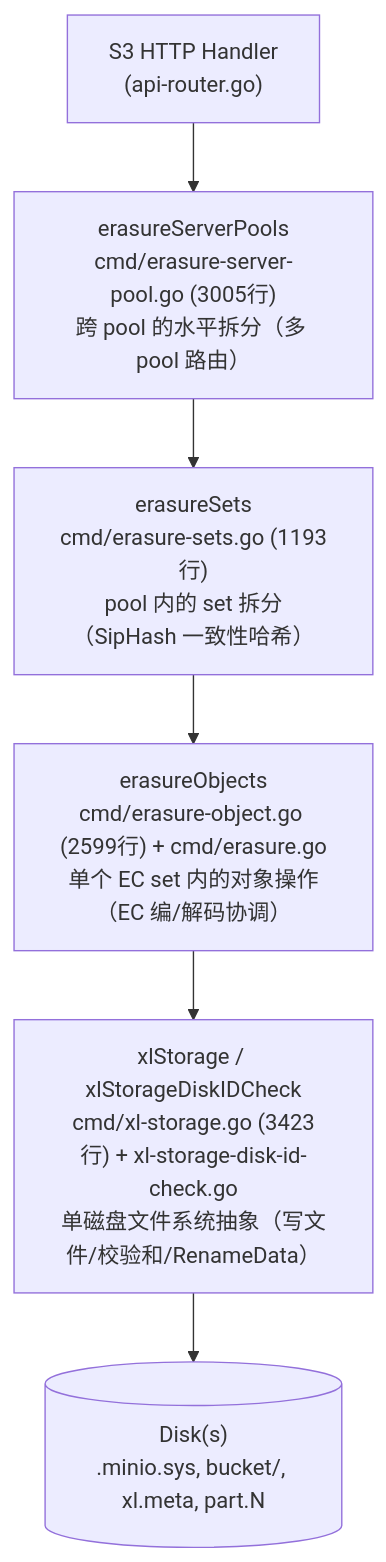
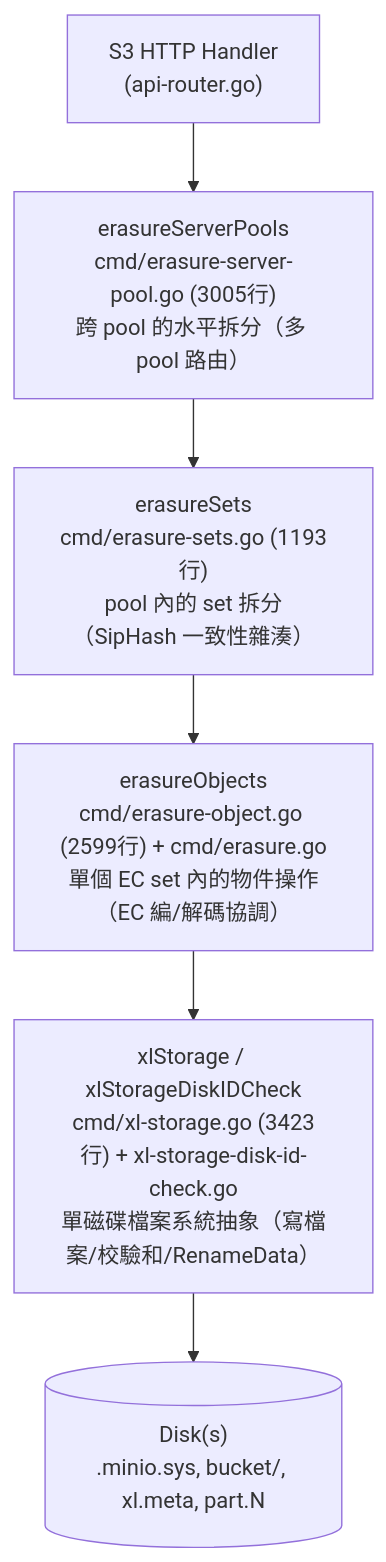
Before and after one commit to cysu01/minio: the first of 8 diagrams in repo-analysis/drafts/06-module-storage-erasure.md, drawn with Mermaid. The commit also changed other lines of this file and 14 other files, not shown here.

````diff
--- a/repo-analysis/drafts/06-module-storage-erasure.md
+++ b/repo-analysis/drafts/06-module-storage-erasure.md
@@ -11,11 +11,11 @@
 ```mermaid
 flowchart TB
     HTTP["S3 HTTP Handler<br/>(api-router.go)"]
     L1["erasureServerPools<br/>cmd/erasure-server-pool.go (3005行)<br/>跨 pool 的水平拆分（多 pool 路由）"]
-    L2["erasureSets<br/>cmd/erasure-sets.go (1193行)<br/>pool 内的 set 拆分（SipHash 一致性哈希）"]
-    L3["erasureObjects<br/>cmd/erasure-object.go (2599行) + cmd/erasure.go<br/>单个 EC set 内的对象操作（EC 编/解码协调）"]
-    L4["xlStorage / xlStorageDiskIDCheck<br/>cmd/xl-storage.go (3423行) + xl-storage-disk-id-check.go<br/>单磁盘文件系统抽象（写文件/校验和/RenameData）"]
+    L2["erasureSets<br/>cmd/erasure-sets.go (1193行)<br/>pool 內的 set 拆分（SipHash 一致性雜湊）"]
+    L3["erasureObjects<br/>cmd/erasure-object.go (2599行) + cmd/erasure.go<br/>單個 EC set 內的物件操作（EC 編/解碼協調）"]
+    L4["xlStorage / xlStorageDiskIDCheck<br/>cmd/xl-storage.go (3423行) + xl-storage-disk-id-check.go<br/>單磁碟檔案系統抽象（寫檔案/校驗和/RenameData）"]
     DISK[("Disk(s)\n.minio.sys, bucket/, xl.meta, part.N")]
 
     HTTP --> L1 --> L2 --> L3 --> L4 --> DISK
 ```
````
